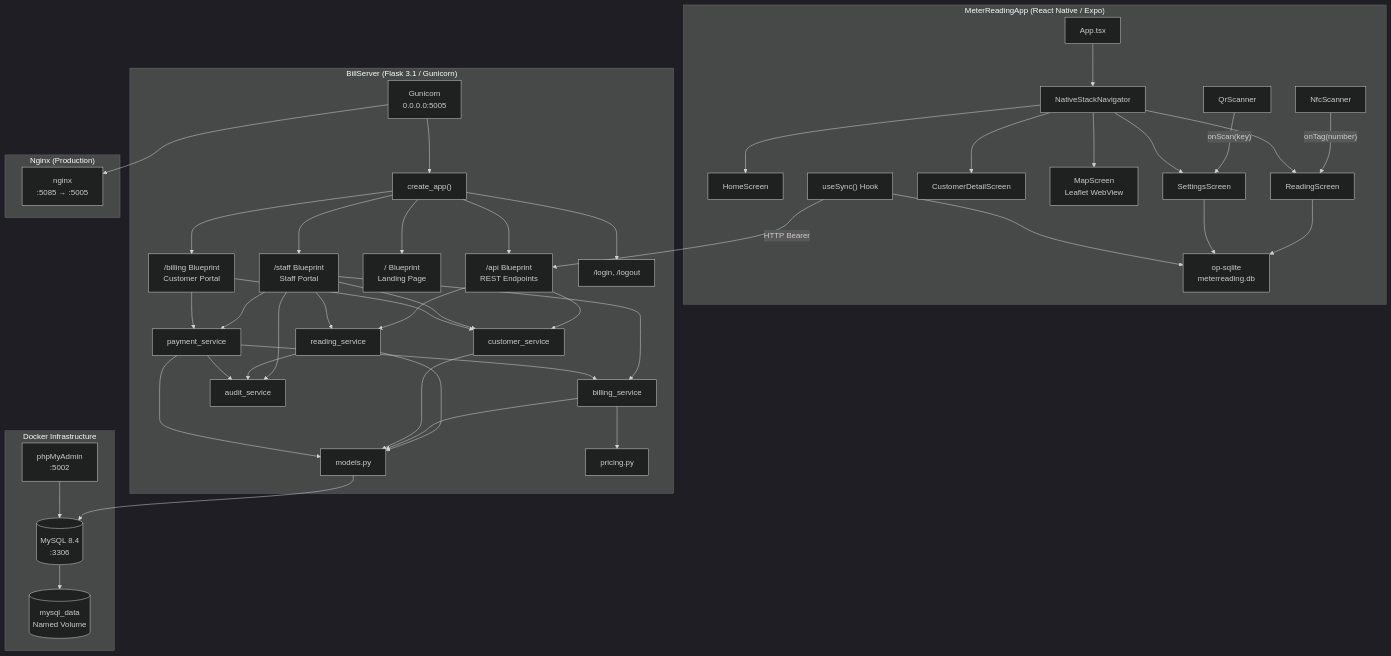
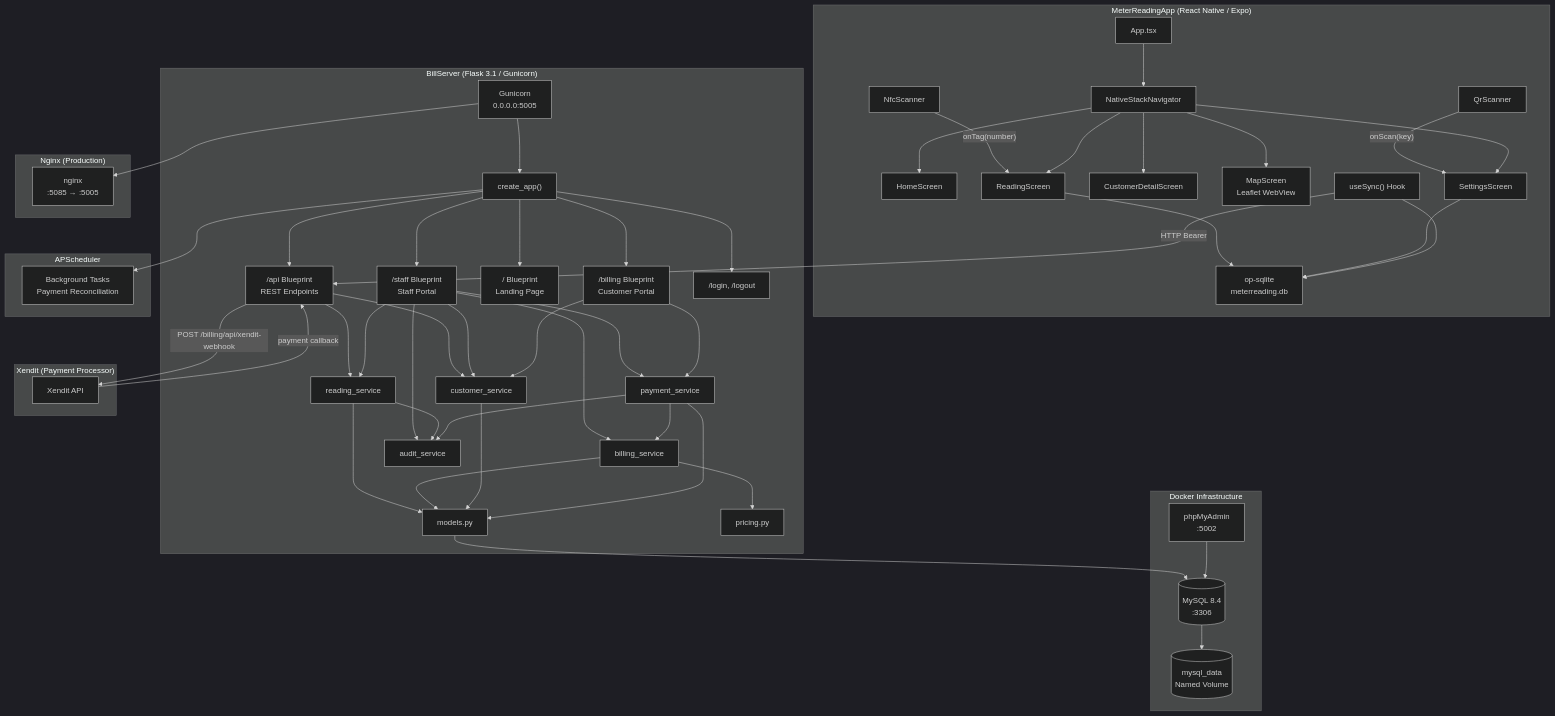
One commit to NovaProtocol/WaterBillingSystem changed the first of 4 diagrams in documentations/docs/architecture.md. Above: the diagram before and after it, drawn with Mermaid (dark theme). The commit also changed 17 other files, not shown here.

````diff
--- a/documentations/docs/architecture.md
+++ b/documentations/docs/architecture.md
@@ -5,68 +5,79 @@
 ```mermaid
 graph TB
     subgraph "MeterReadingApp (React Native / Expo)"
         APP["App.tsx"]
         NAV["NativeStackNavigator"]
         HOME["HomeScreen"]
         READ["ReadingScreen"]
         CUST["CustomerDetailScreen"]
         MAP["MapScreen<br/>Leaflet WebView"]
         SETT["SettingsScreen"]
         SYNC["useSync() Hook"]
         SQLITE["op-sqlite<br/>meterreading.db"]
         NFC["NfcScanner"]
         QR["QrScanner"]
     end
 
     subgraph "BillServer (Flask 3.1 / Gunicorn)"
         WSGI["Gunicorn<br/>0.0.0.0:5005"]
         FACTORY["create_app()"]
         API["/api Blueprint<br/>REST Endpoints"]
         STAFF["/staff Blueprint<br/>Staff Portal"]
         LAND["/ Blueprint<br/>Landing Page"]
         BILL["/billing Blueprint<br/>Customer Portal"]
         AUTH["/login, /logout"]
         SVC_READ["reading_service"]
         SVC_BILL["billing_service"]
         SVC_CUST["customer_service"]
         SVC_PAY["payment_service"]
         SVC_AUDIT["audit_service"]
         MODELS["models.py"]
         PRICING["pricing.py"]
     end
 
     subgraph "Docker Infrastructure"
         MYSQL[("MySQL 8.4<br/>:3306")]
         PHPMYADMIN["phpMyAdmin<br/>:5002"]
         VOLUME[("mysql_data<br/>Named Volume")]
     end
 
+    subgraph "Xendit (Payment Processor)"
+        XENDIT["Xendit API"]
+    end
+
     subgraph "Nginx (Production)"
         NGINX["nginx<br/>:5085 → :5005"]
+    end
+
+    subgraph "APScheduler"
+        APS["Background Tasks<br/>Payment Reconciliation"]
     end
 
     NFC -->|"onTag(number)"| READ
     QR -->|"onScan(key)"| SETT
     READ --> SQLITE
     SETT --> SQLITE
     SYNC --> SQLITE
     SYNC -->|"HTTP Bearer"| API
     APP --> NAV
     NAV --> HOME & READ & CUST & MAP & SETT
 
     WSGI --> NGINX
     WSGI --> FACTORY
     FACTORY --> API & STAFF & LAND & BILL & AUTH
+    FACTORY --> APS
 
     API --> SVC_READ & SVC_CUST
+    API -->|"POST /billing/api/xendit-webhook"| XENDIT
+    XENDIT -->|"payment callback"| API
     STAFF --> SVC_READ & SVC_CUST & SVC_PAY & SVC_BILL & SVC_AUDIT
     BILL --> SVC_CUST & SVC_PAY
     SVC_PAY --> SVC_BILL
     SVC_READ & SVC_PAY --> SVC_AUDIT
     SVC_READ & SVC_BILL & SVC_CUST & SVC_PAY --> MODELS
     SVC_BILL --> PRICING
 
     MODELS --> MYSQL
     MYSQL --> VOLUME
     PHPMYADMIN --> MYSQL
 ```
````
